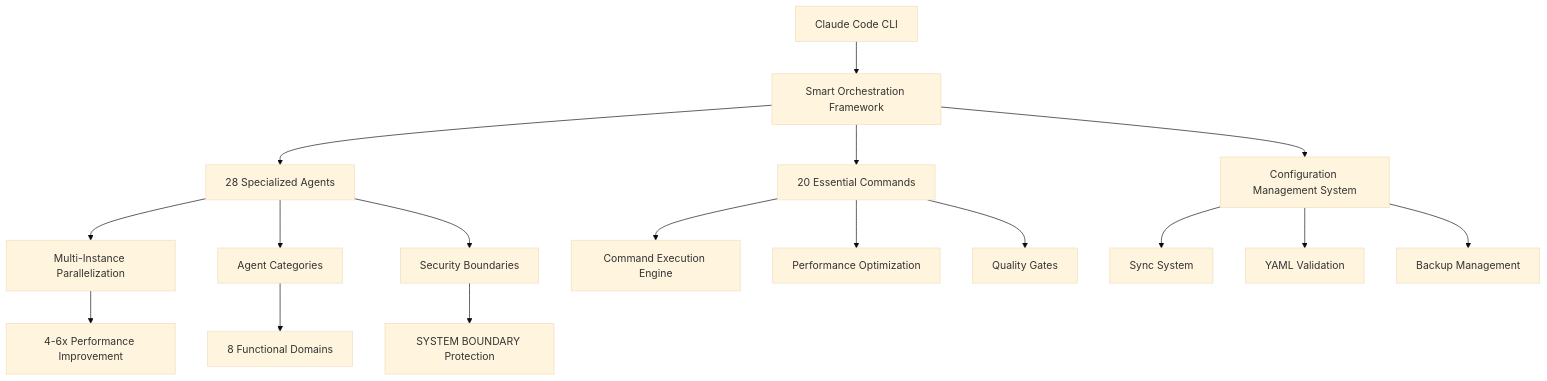
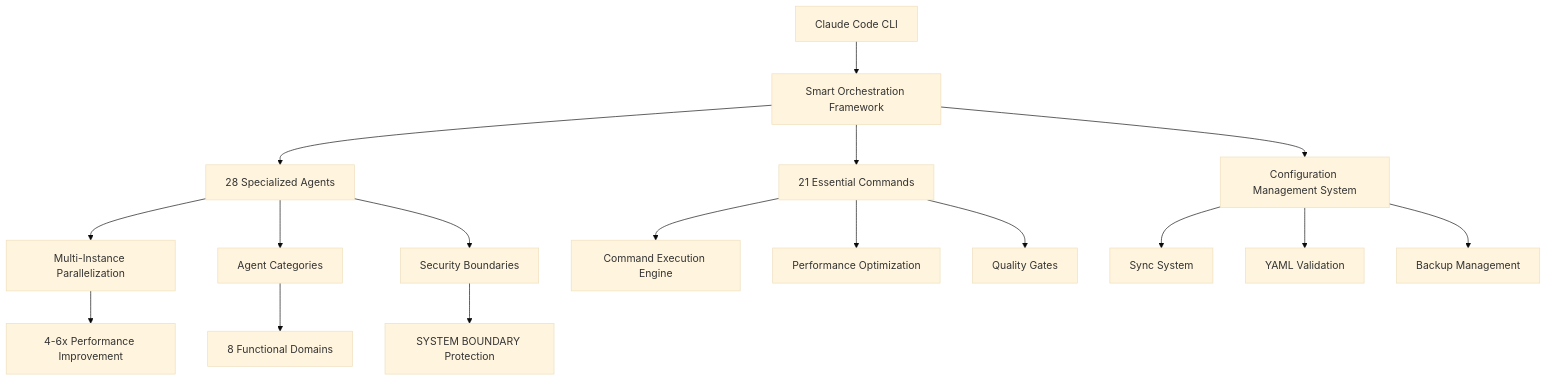
One commit to damilola-elegbede/claude-config changed the first of 4 diagrams in docs/ARCHITECTURE.md. Above: the diagram before and after it, drawn with Mermaid (base theme). The commit also changed other lines of this file and 5 other files, not shown here.

````diff
--- a/docs/ARCHITECTURE.md
+++ b/docs/ARCHITECTURE.md
@@ -11,23 +11,23 @@
 ```mermaid
 graph TB
     A[Claude Code CLI] --> B[Smart Orchestration Framework]
     B --> C[28 Specialized Agents]
-    B --> D[20 Essential Commands]
+    B --> D[21 Essential Commands]
     B --> E[Configuration Management System]
 
     C --> F[Multi-Instance Parallelization]
     C --> G[Agent Categories]
     C --> H[Security Boundaries]
 
     D --> I[Command Execution Engine]
     D --> J[Performance Optimization]
     D --> K[Quality Gates]
 
     E --> L[Sync System]
     E --> M[YAML Validation]
     E --> N[Backup Management]
 
     F --> O[4-6x Performance Improvement]
     G --> P[8 Functional Domains]
     H --> Q[SYSTEM BOUNDARY Protection]
 ```
````
